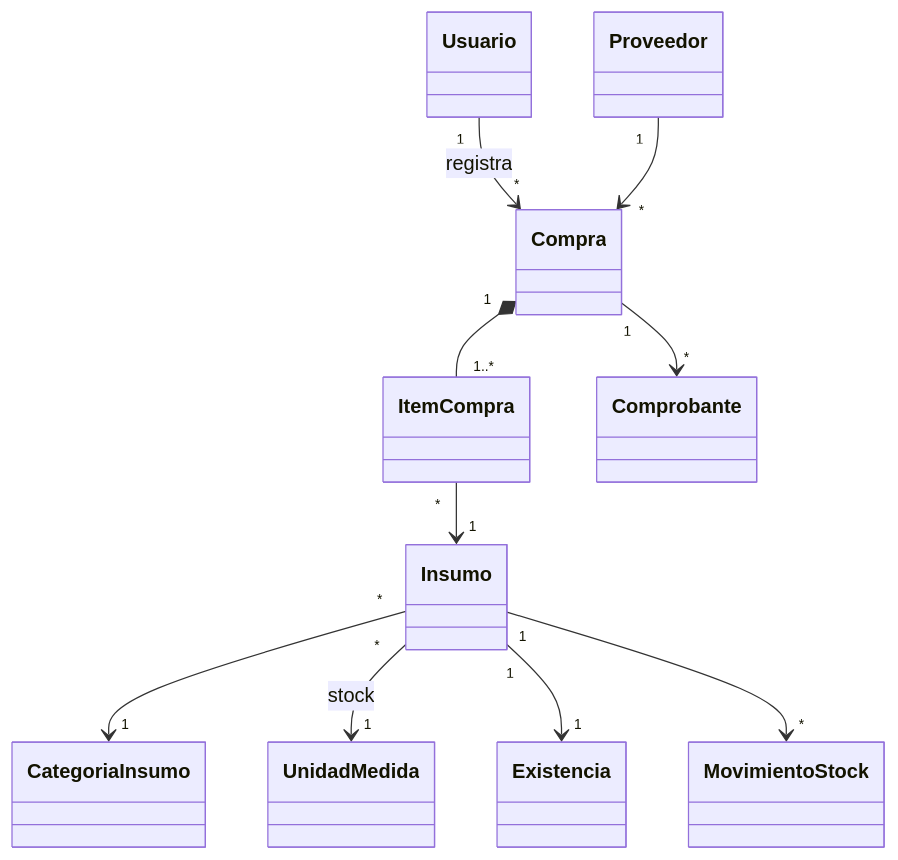
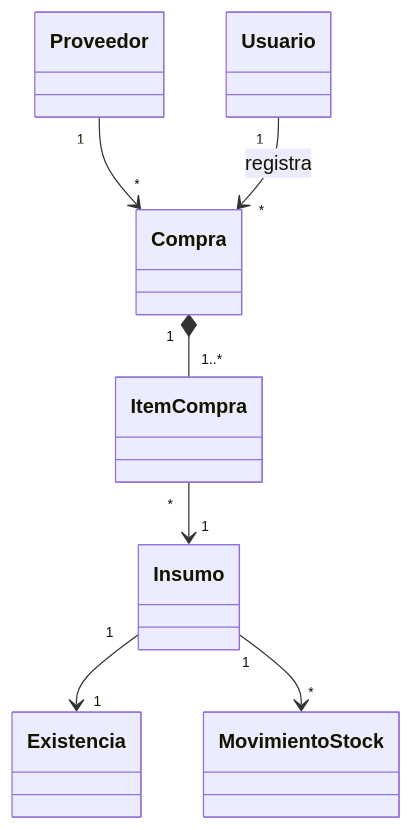
The second of 3 diagrams in Proyecto-3-AppAdmin-Mascotas/Ingenieria de Software/Documentacion.md (Jorge10192/TP-Programacion2-UNSAM-2C2026), drawn with Mermaid before and after one commit. The commit also changed other lines of this file and 7 other files, not shown here.

````diff
--- a/Proyecto-3-AppAdmin-Mascotas/Ingenieria de Software/Documentacion.md
+++ b/Proyecto-3-AppAdmin-Mascotas/Ingenieria de Software/Documentacion.md
@@ -52,12 +41,9 @@
 ```mermaid
 classDiagram
+    Proveedor "1" --> "*" Compra
     Usuario "1" --> "*" Compra : registra
-    Proveedor "1" --> "*" Compra
     Compra "1" *-- "1..*" ItemCompra
-    Compra "1" --> "*" Comprobante
     ItemCompra "*" --> "1" Insumo
-    Insumo "*" --> "1" CategoriaInsumo
-    Insumo "*" --> "1" UnidadMedida : stock
     Insumo "1" --> "1" Existencia
     Insumo "1" --> "*" MovimientoStock
 ```
````
